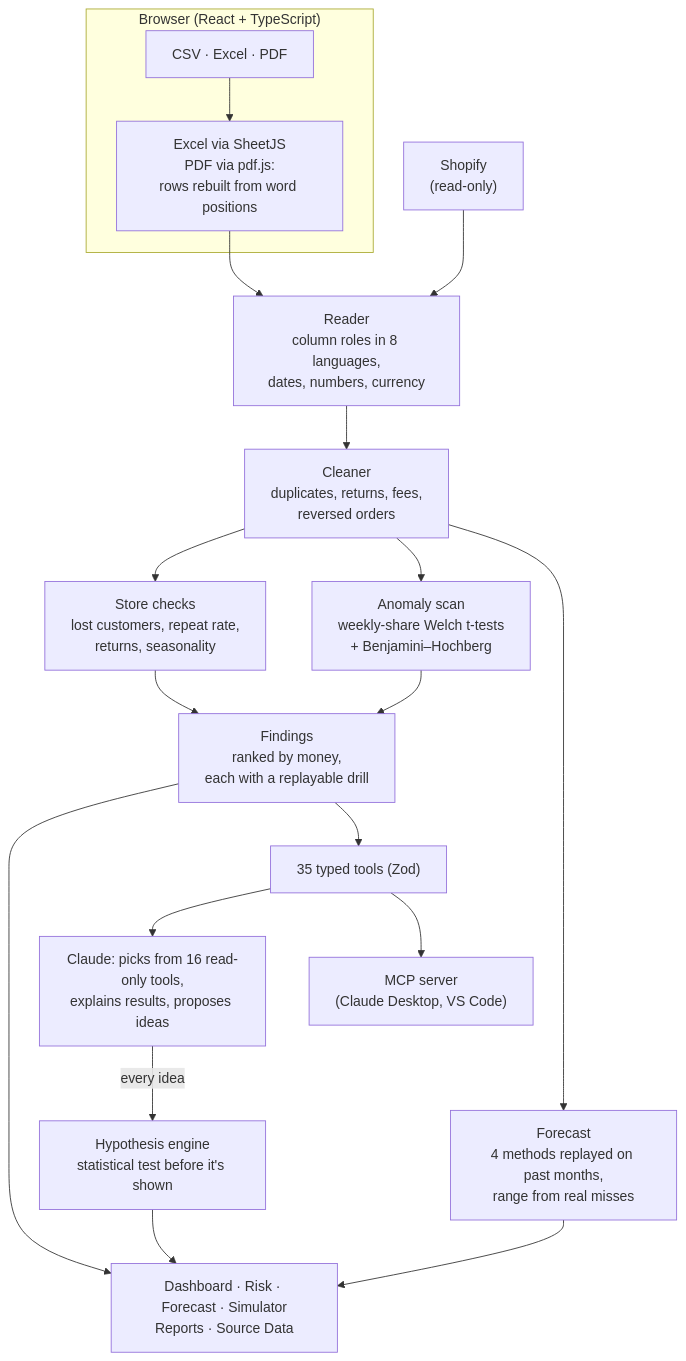
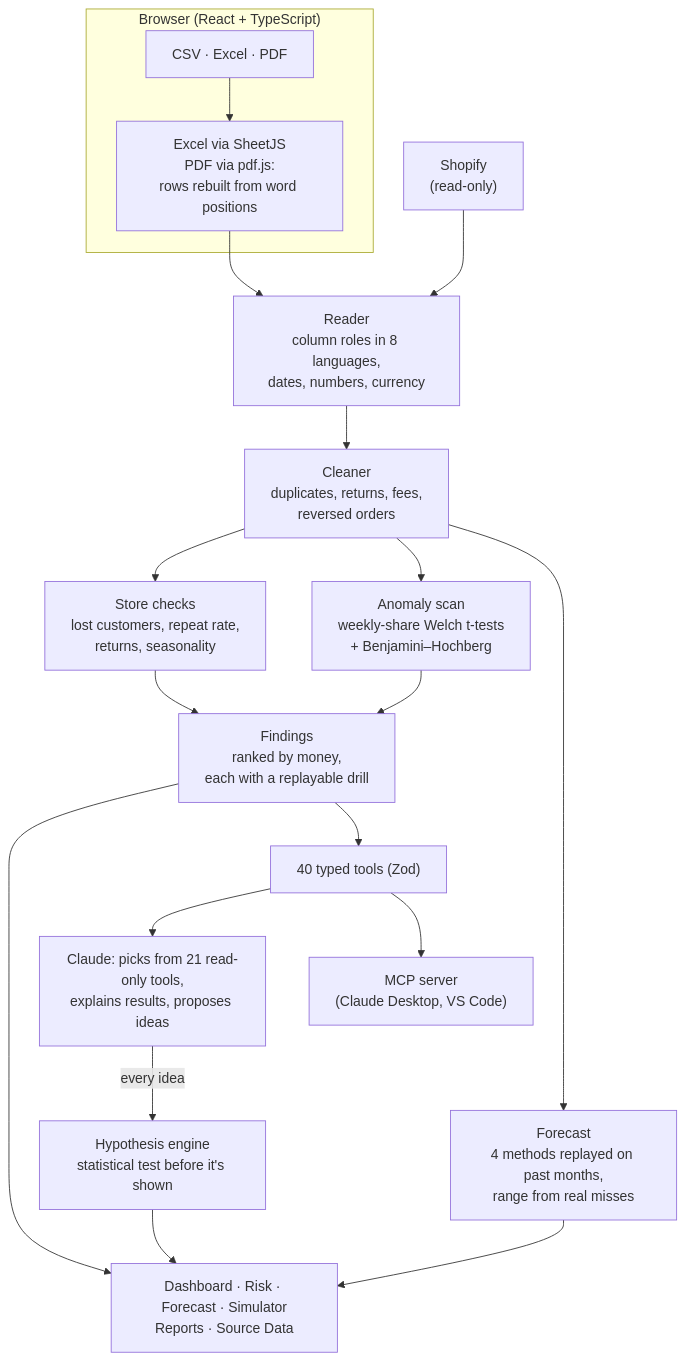
One commit to Sidd-solves/Blindspot-2 changed the diagram in README.md. Above: the diagram before and after it, drawn with Mermaid. The commit also changed other lines of this file and 2 other files, not shown here.

Commit message:
Docs: new features, hard problems 7-11, counts (40 tools, 21 in chat, 220 tests, 81% coverage)

````diff
--- a/README.md
+++ b/README.md
@@ -25,21 +28,21 @@
 ```mermaid
 flowchart TD
   subgraph Browser["Browser (React + TypeScript)"]
     F["CSV · Excel · PDF"] --> X["Excel via SheetJS<br/>PDF via pdf.js:<br/>rows rebuilt from word positions"]
   end
   S["Shopify<br/>(read-only)"] --> R
   X --> R["Reader<br/>column roles in 8 languages,<br/>dates, numbers, currency"]
   R --> C["Cleaner<br/>duplicates, returns, fees,<br/>reversed orders"]
   C --> K["Store checks<br/>lost customers, repeat rate,<br/>returns, seasonality"]
   C --> A["Anomaly scan<br/>weekly-share Welch t-tests<br/>+ Benjamini–Hochberg"]
   K --> FD["Findings<br/>ranked by money,<br/>each with a replayable drill"]
   A --> FD
   C --> FC["Forecast<br/>4 methods replayed on past months,<br/>range from real misses"]
   FC --> UI
   FD --> UI["Dashboard · Risk · Forecast · Simulator<br/>Reports · Source Data"]
-  FD --> T["35 typed tools (Zod)"]
-  T --> AI["Claude: picks from 16 read-only tools,<br/>explains results, proposes ideas"]
+  FD --> T["40 typed tools (Zod)"]
+  T --> AI["Claude: picks from 21 read-only tools,<br/>explains results, proposes ideas"]
   AI -- "every idea" --> H["Hypothesis engine<br/>statistical test before it's shown"]
   H --> UI
   T --> MCP["MCP server<br/>(Claude Desktop, VS Code)"]
 ```
````
